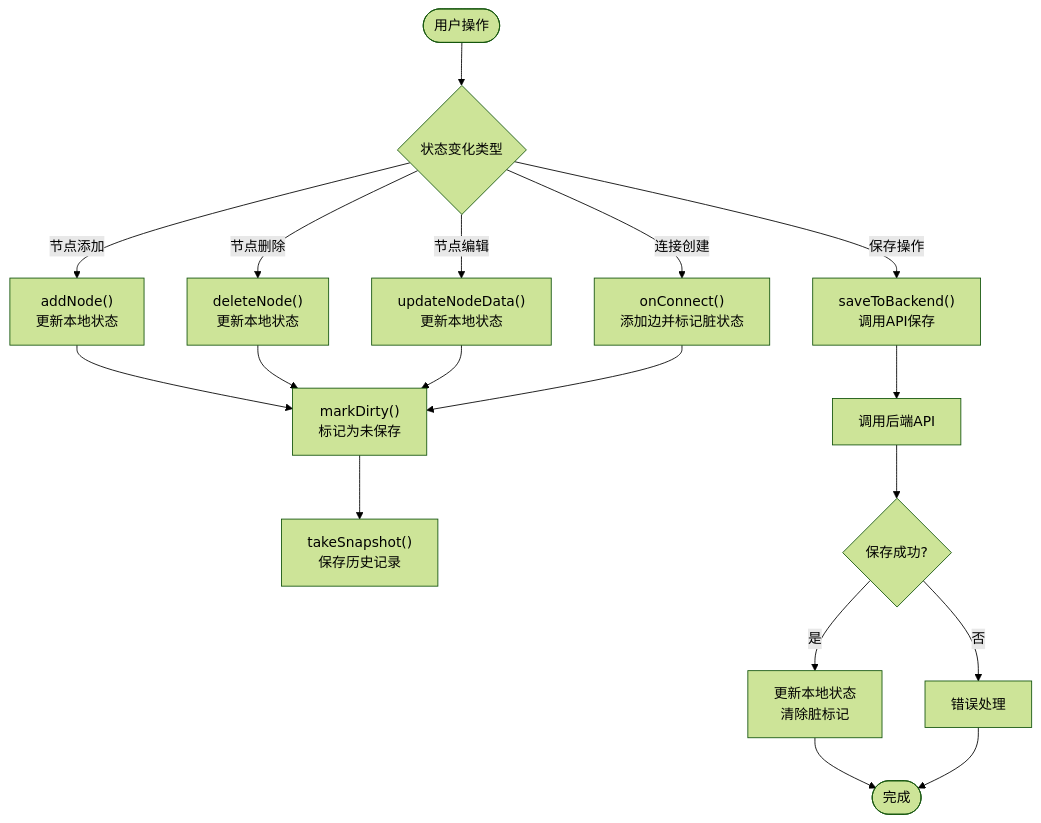
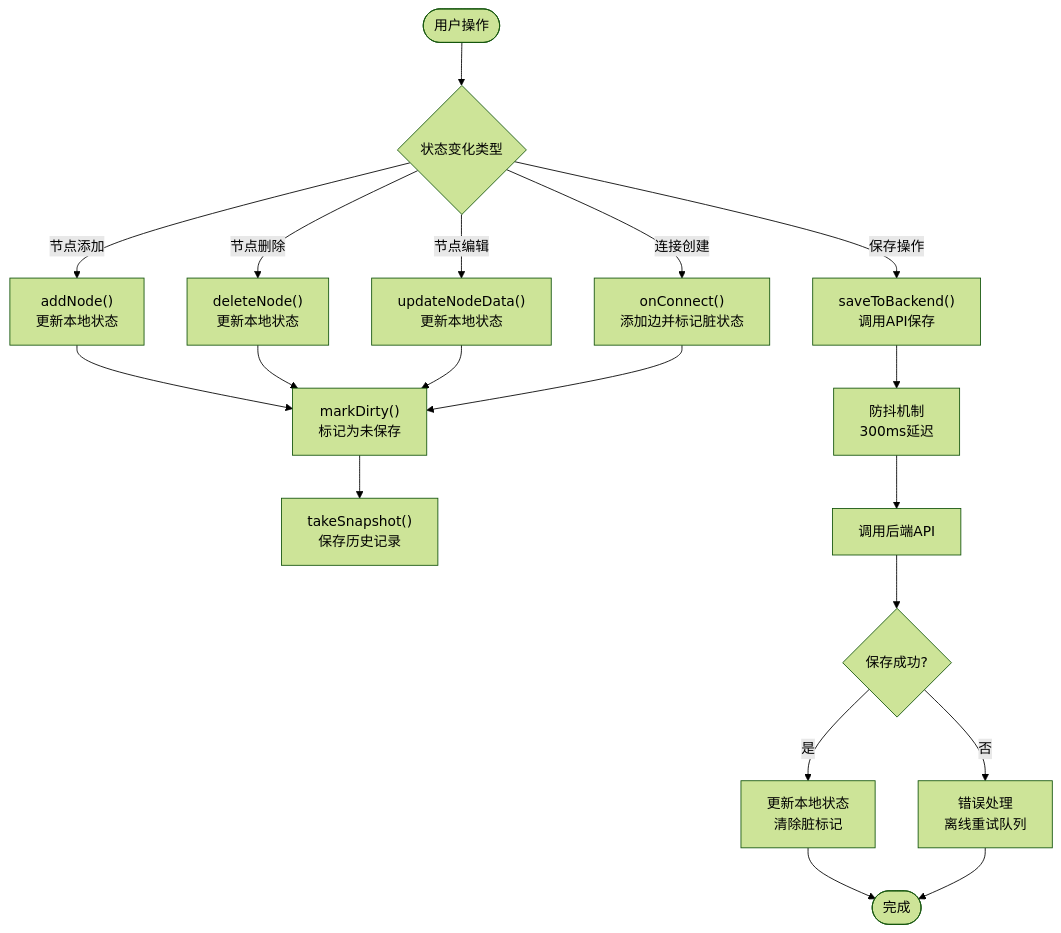
Before and after one commit to KunLabAI/KunFlix: the sixth of 8 diagrams in .qoder/repowiki/zh/content/系统架构/剧院系统概览.md, drawn with Mermaid (forest theme). The commit also changed other lines of this file and 18 other files, not shown here.

````diff
--- a/.qoder/repowiki/zh/content/系统架构/剧院系统概览.md
+++ b/.qoder/repowiki/zh/content/系统架构/剧院系统概览.md
@@ -360,20 +399,21 @@
 ```mermaid
 flowchart TD
 Start([用户操作]) --> Change{状态变化类型}
 Change --> |节点添加| AddNode["addNode()<br/>更新本地状态"]
 Change --> |节点删除| DeleteNode["deleteNode()<br/>更新本地状态"]
 Change --> |节点编辑| EditNode["updateNodeData()<br/>更新本地状态"]
 Change --> |连接创建| CreateEdge["onConnect()<br/>添加边并标记脏状态"]
 Change --> |保存操作| SaveAction["saveToBackend()<br/>调用API保存"]
 AddNode --> MarkDirty["markDirty()<br/>标记为未保存"]
 DeleteNode --> MarkDirty
 EditNode --> MarkDirty
 CreateEdge --> MarkDirty
 MarkDirty --> Snapshot["takeSnapshot()<br/>保存历史记录"]
-SaveAction --> APICall["调用后端API"]
+SaveAction --> Debounce["防抖机制<br/>300ms延迟"]
+Debounce --> APICall["调用后端API"]
 APICall --> Success{"保存成功?"}
 Success --> |是| UpdateState["更新本地状态<br/>清除脏标记"]
-Success --> |否| ErrorHandle["错误处理"]
+Success --> |否| ErrorHandle["错误处理<br/>离线重试队列"]
 UpdateState --> End([完成])
 ErrorHandle --> End
 ```
````
